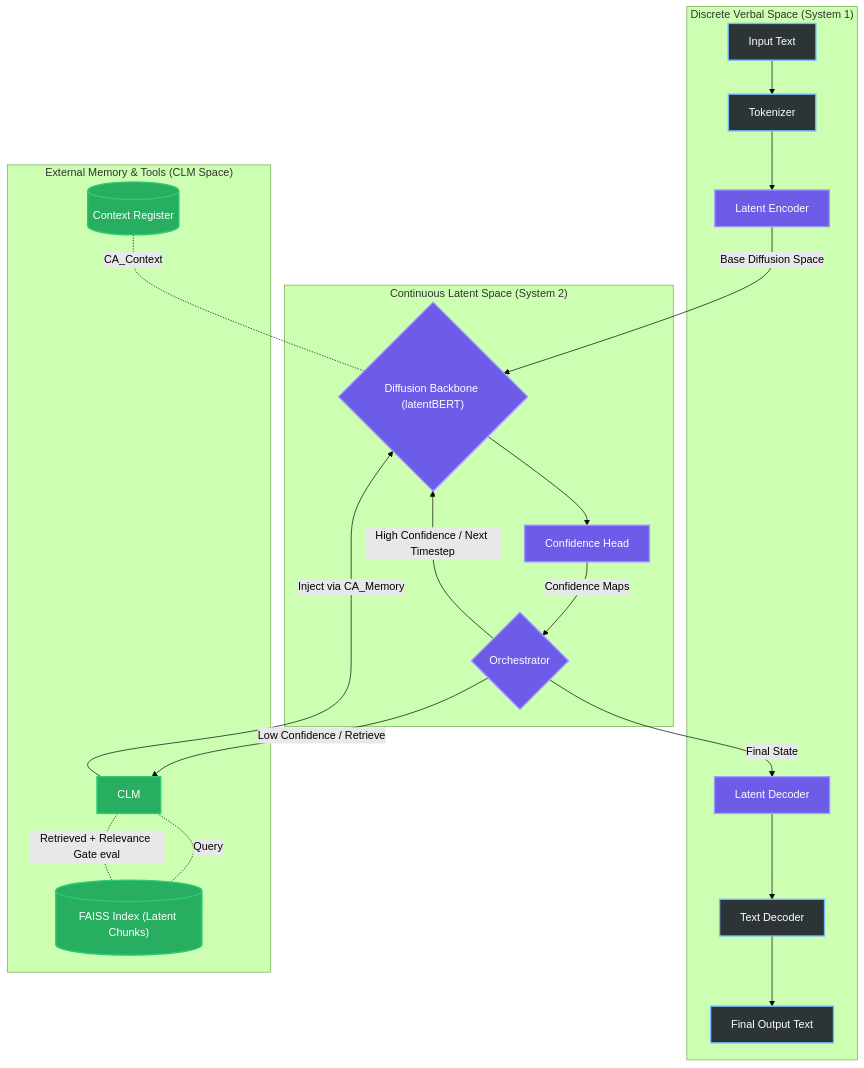
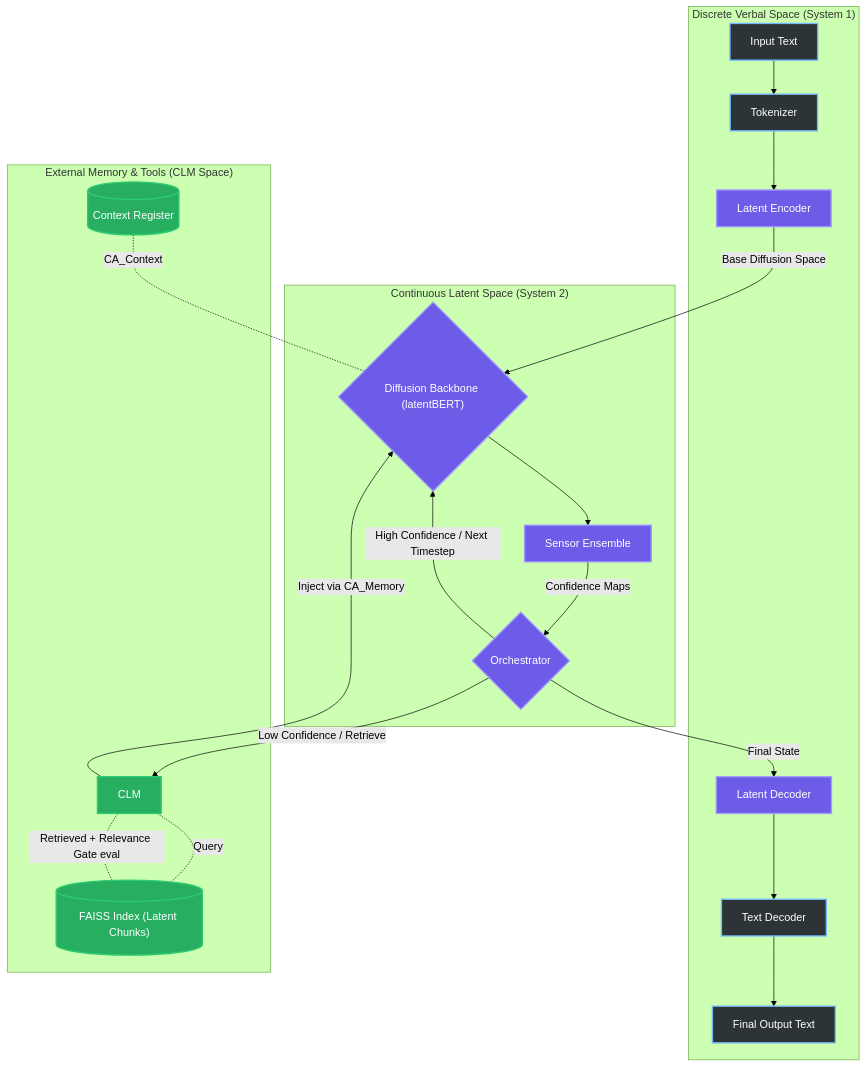
The diagram in README.md (Laeryid/BEBLaDII), drawn with Mermaid (forest theme) before and after one commit. The commit also changed other lines of this file and 50 other files, not shown here.

````diff
--- a/README.md
+++ b/README.md
@@ -29,35 +29,35 @@
 ```mermaid
 graph TD
     classDef verbal fill:#2d3436,stroke:#74b9ff,stroke-width:2px,color:#fff
     classDef latent fill:#6c5ce7,stroke:#a29bfe,stroke-width:2px,color:#fff
     classDef clm fill:#27ae60,stroke:#2ecc71,stroke-width:2px,color:#fff
 
     subgraph "Discrete Verbal Space (System 1)"
         A["Input Text"] --> B["Tokenizer"]
         B --> C["Latent Encoder"]
         P["Latent Decoder"] --> J["Text Decoder"]
         J --> M["Final Output Text"]
     end
 
     subgraph "Continuous Latent Space (System 2)"
         C -->|"Base Diffusion Space"| E{"Diffusion Backbone (latentBERT)"}
         
-        E --> F["Confidence Head"]
+        E --> F["Sensor Ensemble"]
         
         F -->|"Confidence Maps"| G{"Orchestrator"}
         G -->|"High Confidence / Next Timestep"| E
         G -->|"Final State"| P
     end
 
     subgraph "External Memory & Tools (CLM Space)"
         TC[("Context Register")] -.-|"CA_Context"| E
         G -->|"Low Confidence / Retrieve"| H["CLM"]
         H -.-|"Query"| I[("FAISS Index (Latent Chunks)")]
         I -.-|"Retrieved + Relevance Gate eval"| H
         H -->|"Inject via CA_Memory"| E
     end
 
     class A,B,J,M verbal
     class C,E,F,G,P latent
     class H,I,TC clm
 ```
````
